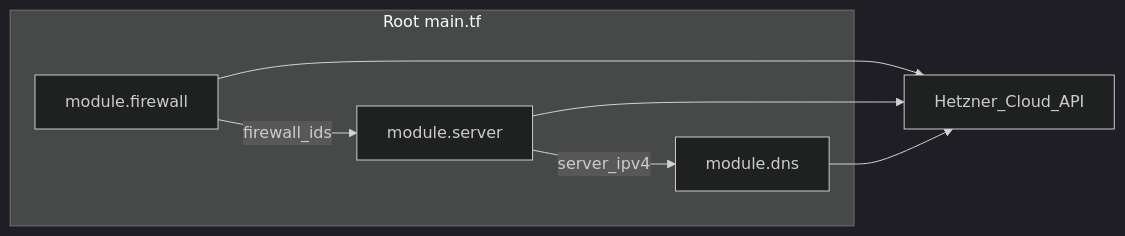
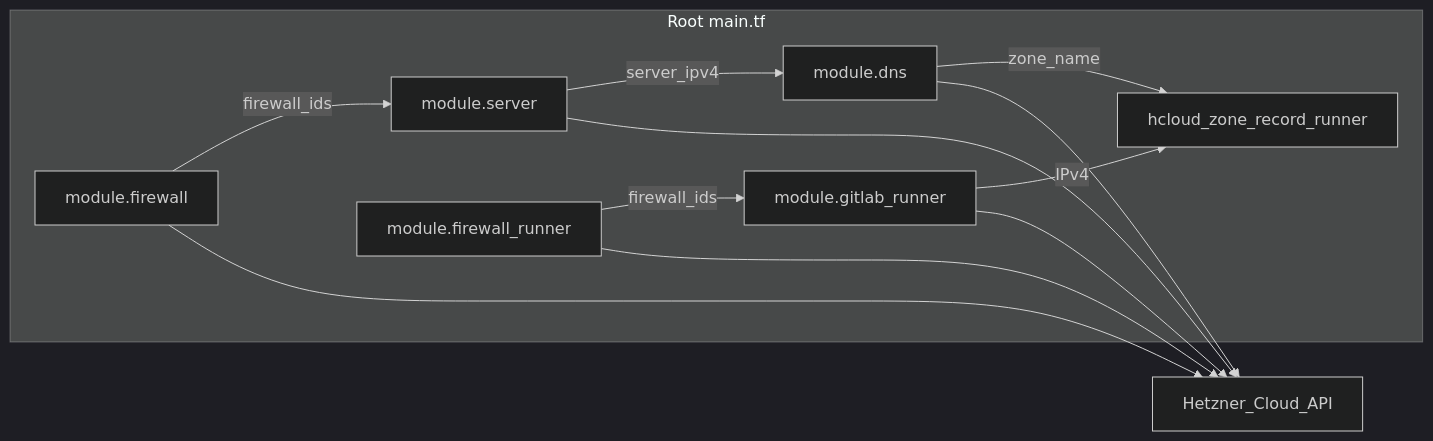
The first of 2 diagrams in README.md (HenryHST/gitlab-terraform-hcloud), drawn with Mermaid (dark theme) before and after one commit. The commit also changed other lines of this file and 8 other files, not shown here.

````diff
--- a/README.md
+++ b/README.md
@@ -11,14 +11,22 @@
 ```mermaid
 flowchart LR
   subgraph root [Root main.tf]
     FW[module.firewall]
     SRV[module.server]
     DNS[module.dns]
+    FWR[module.firewall_runner]
+    RUN[module.gitlab_runner]
+    AR[hcloud_zone_record_runner]
   end
   FW -->|firewall_ids| SRV
   SRV -->|server_ipv4| DNS
+  FWR -->|firewall_ids| RUN
+  DNS -->|zone_name| AR
+  RUN -->|IPv4| AR
   HCAPI[Hetzner_Cloud_API]
   FW --> HCAPI
   SRV --> HCAPI
   DNS --> HCAPI
+  FWR --> HCAPI
+  RUN --> HCAPI
 ```
````
